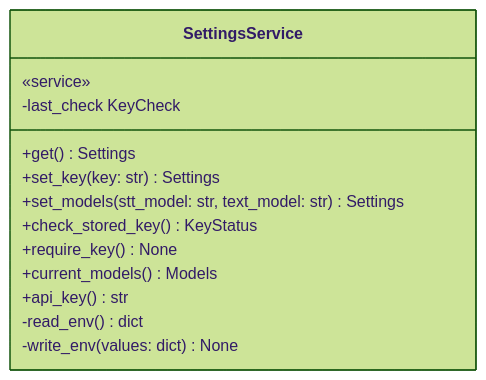
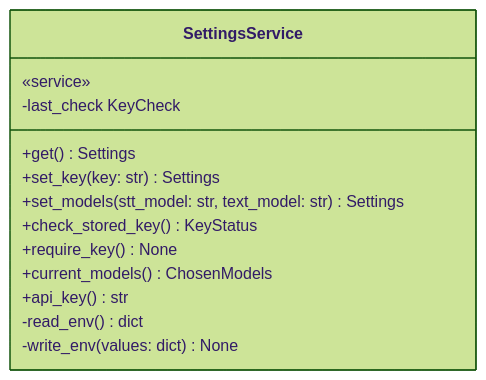
One commit to HoyoungParkme/video-agent changed diagram 18 of 18 in docs/specs/06-DOM/VA-DOM-002.md. Above: the diagram before and after it, drawn with Mermaid (forest theme). The commit also changed other lines of this file, not shown here.

Commit message:
current_models의 반환형을 내부 타입 ChosenModels로 — API Models(id 둘)는 get이 만든다(카드 A에서 찾음)

````diff
--- a/docs/specs/06-DOM/VA-DOM-002.md
+++ b/docs/specs/06-DOM/VA-DOM-002.md
@@ -925,16 +926,16 @@
 ```mermaid
 classDiagram
     class SettingsService {
         «service»
         +get() Settings
         +set_key(key: str) Settings
         +set_models(stt_model: str, text_model: str) Settings
         +check_stored_key() KeyStatus
         +require_key() None
-        +current_models() Models
+        +current_models() ChosenModels
         +api_key() str
         -read_env() dict
         -write_env(values: dict) None
         -last_check KeyCheck
     }
 ```
````
